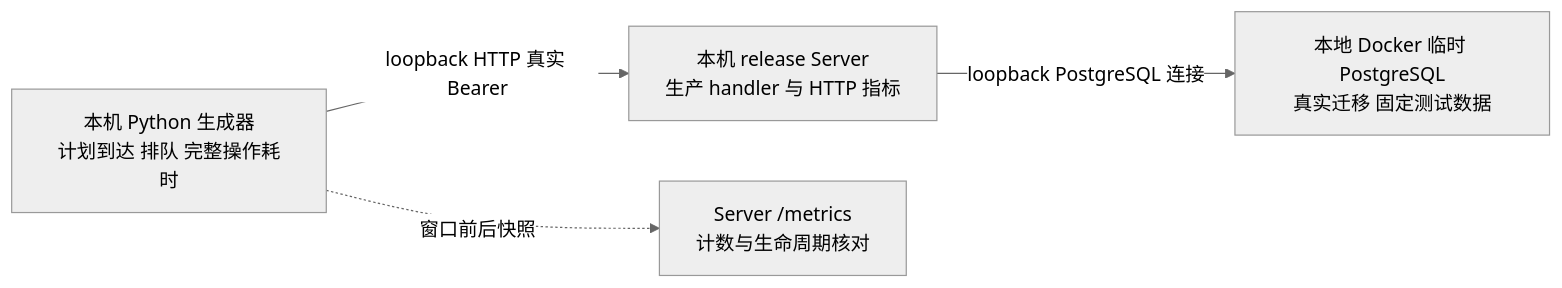
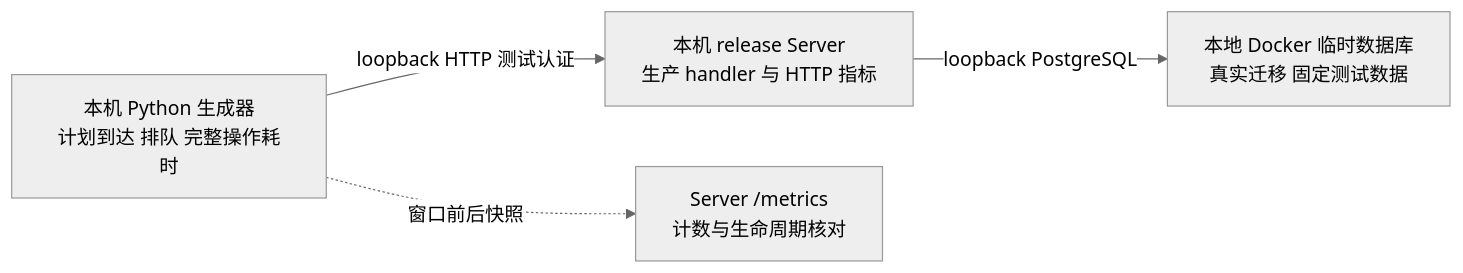
One commit to lilhammerfun/clumsies changed the diagram in docs/zh/performance/observability-load-report.md. Above: the diagram before and after it, drawn with Mermaid (neutral theme). The commit also changed other lines of this file and 16 other files, not shown here.

````diff
--- a/docs/zh/performance/observability-load-report.md
+++ b/docs/zh/performance/observability-load-report.md
@@ -24,6 +26,6 @@
 ```mermaid
 flowchart LR
-    G["本机 Python 生成器<br/>计划到达 排队 完整操作耗时"] -->|loopback HTTP 真实 Bearer| S["本机 release Server<br/>生产 handler 与 HTTP 指标"]
-    S -->|loopback PostgreSQL 连接| D["本地 Docker 临时 PostgreSQL<br/>真实迁移 固定测试数据"]
+    G["本机 Python 生成器<br/>计划到达 排队 完整操作耗时"] -->|loopback HTTP 测试认证| S["本机 release Server<br/>生产 handler 与 HTTP 指标"]
+    S -->|loopback PostgreSQL| D["本地 Docker 临时数据库<br/>真实迁移 固定测试数据"]
     G -.->|窗口前后快照| M["Server /metrics<br/>计数与生命周期核对"]
 ```
````
